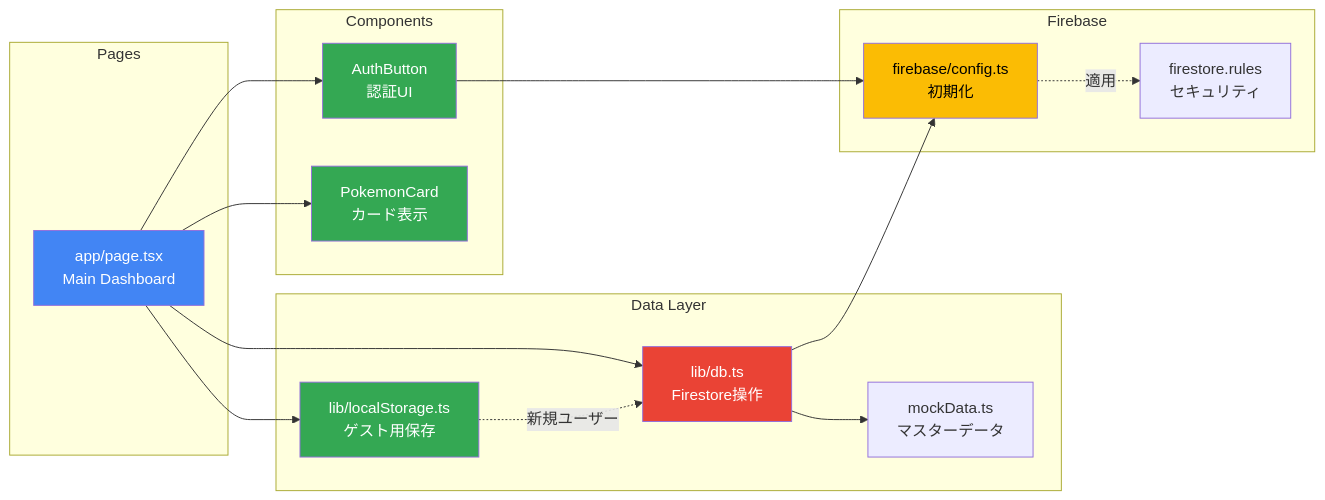
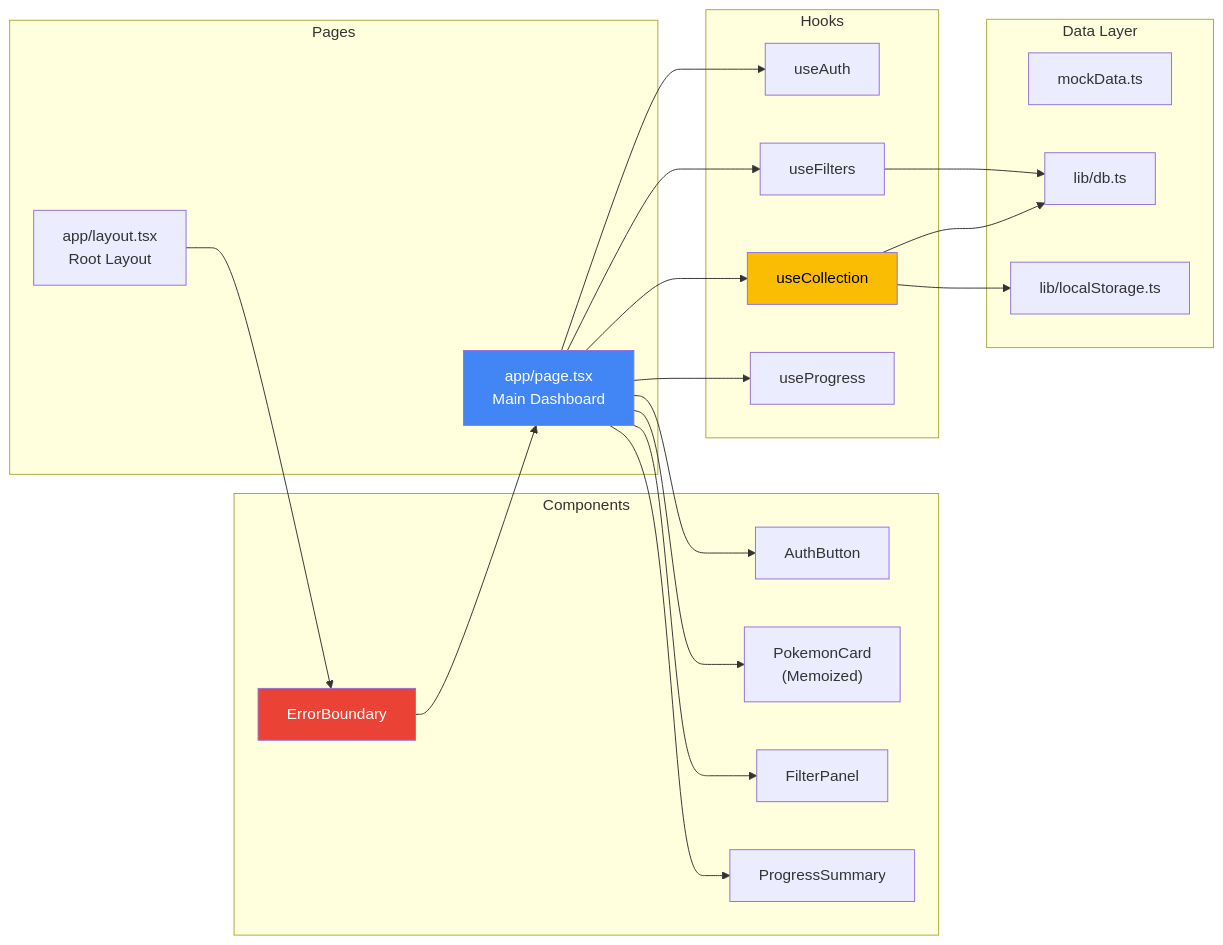
Before and after one commit to Kujo-n/pokesleepfaces: the second of 10 diagrams in docs/3_architecture.md, drawn with Mermaid. The commit also changed other lines of this file and 2 other files, not shown here.

````diff
--- a/docs/3_architecture.md
+++ b/docs/3_architecture.md
@@ -39,39 +39,49 @@
-```mermaid
-graph LR
-    subgraph "Pages"
-        Page[app/page.tsx<br/>Main Dashboard]
-    end
-    
-    subgraph "Components"
-        AuthBtn[AuthButton<br/>認証UI]
-        PokemonCard[PokemonCard<br/>カード表示]
-    end
-    
-    subgraph "Data Layer"
-        MockData[mockData.ts<br/>マスターデータ]
-        DB[lib/db.ts<br/>Firestore操作]
-        LocalStore[lib/localStorage.ts<br/>ゲスト用保存]
-    end
-    
-    subgraph "Firebase"
-        Config[firebase/config.ts<br/>初期化]
-        Rules[firestore.rules<br/>セキュリティ]
-    end
-    
-    Page --> AuthBtn
-    Page --> PokemonCard
-    Page --> DB
-    Page --> LocalStore
-    AuthBtn --> Config
-    DB --> Config
-    DB --> MockData
-    LocalStore -.新規ユーザー.-> DB
-    Config -.適用.-> Rules
-    
-    style Page fill:#4285f4,color:#fff
-    style AuthBtn fill:#34a853,color:#fff
-    style PokemonCard fill:#34a853,color:#fff
-    style DB fill:#ea4335,color:#fff
-    style LocalStore fill:#34a853,color:#fff
-    style Config fill:#fbbc04,color:#000
-```
+ ```mermaid
+ graph LR
+     subgraph "Pages"
+         Page[app/page.tsx<br/>Main Dashboard]
+         Layout[app/layout.tsx<br/>Root Layout]
+     end
+     
+     subgraph "Components"
+         AuthBtn[AuthButton]
+         PokemonCard["PokemonCard<br/>(Memoized)"]
+         FilterPanel[FilterPanel]
+         ProgressSummary[ProgressSummary]
+         ErrorBoundary[ErrorBoundary]
+     end
+     
+     subgraph "Hooks"
+         useAuth[useAuth]
+         useCollection[useCollection]
+         useFilters[useFilters]
+         useProgress[useProgress]
+     end
+     
+     subgraph "Data Layer"
+         MockData[mockData.ts]
+         DB[lib/db.ts]
+         LocalStore[lib/localStorage.ts]
+     end
+     
+     Layout --> ErrorBoundary
+     ErrorBoundary --> Page
+     
+     Page --> useAuth
+     Page --> useCollection
+     Page --> useFilters
+     Page --> useProgress
+     
+     Page --> AuthBtn
+     Page --> PokemonCard
+     Page --> FilterPanel
+     Page --> ProgressSummary
+     
+     useCollection --> DB
+     useCollection --> LocalStore
+     useFilters --> DB
+     
+     style Page fill:#4285f4,color:#fff
+     style ErrorBoundary fill:#ea4335,color:#fff
+     style useCollection fill:#fbbc04,color:#000
+ ```
````
